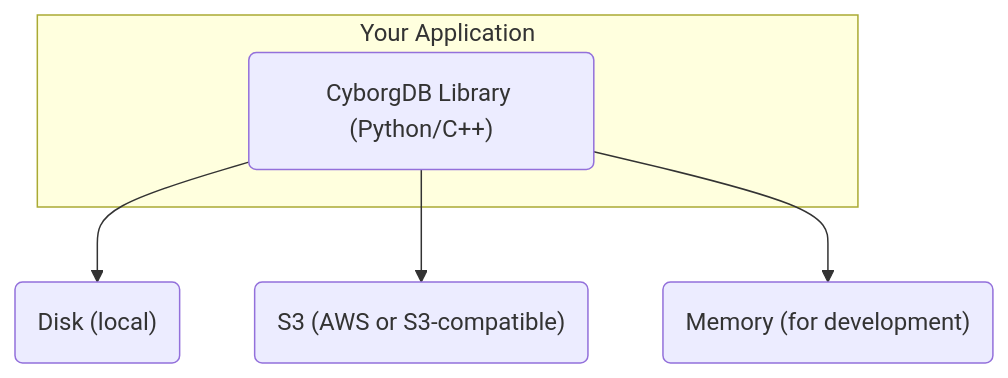
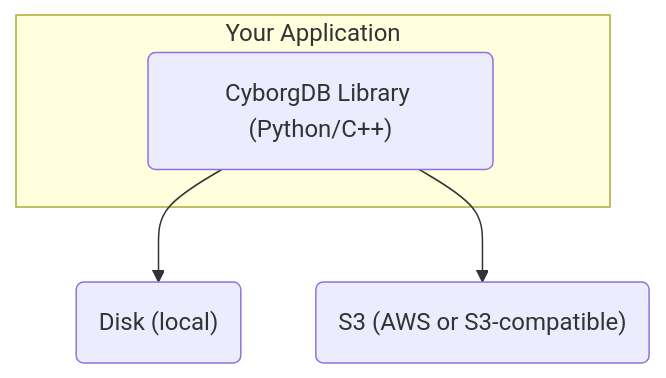
The diagram in versions/next/embedded/guides/intro/about.mdx (cyborginc/cyborgdb-docs), drawn with Mermaid before and after one commit. The commit also changed 88 other files, not shown here.

````diff
--- a/versions/next/embedded/guides/intro/about.mdx
+++ b/versions/next/embedded/guides/intro/about.mdx
@@ -48,10 +48,9 @@
 ```mermaid
 flowchart TB
   subgraph Your_Applications [Your Application]
     Library("CyborgDB Library (Python/C++)")
   end
 
   Library --> Disk("Disk (local)")
   Library --> S3("S3 (AWS or S3-compatible)")
-  Library --> Memory("Memory (for development)")
 ```
````
